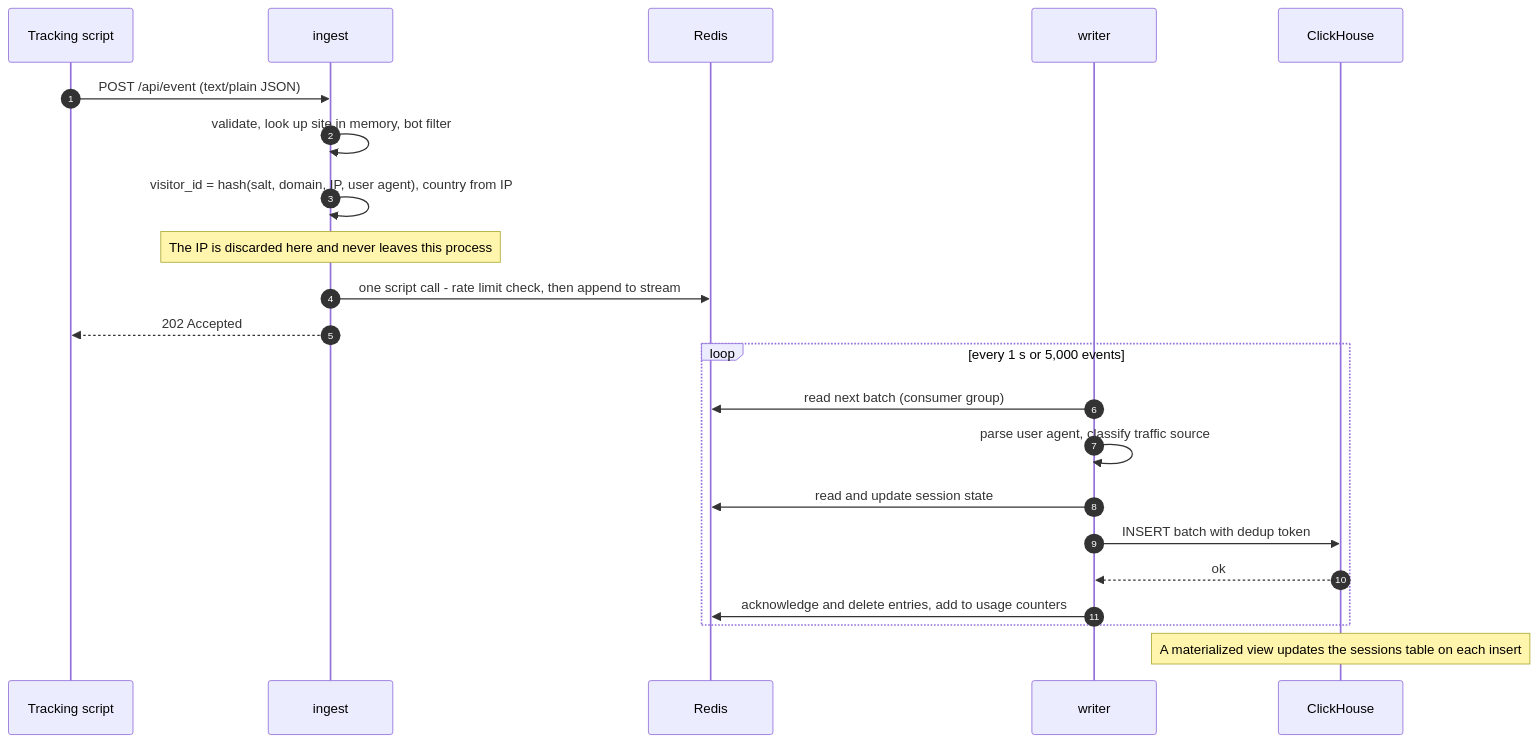
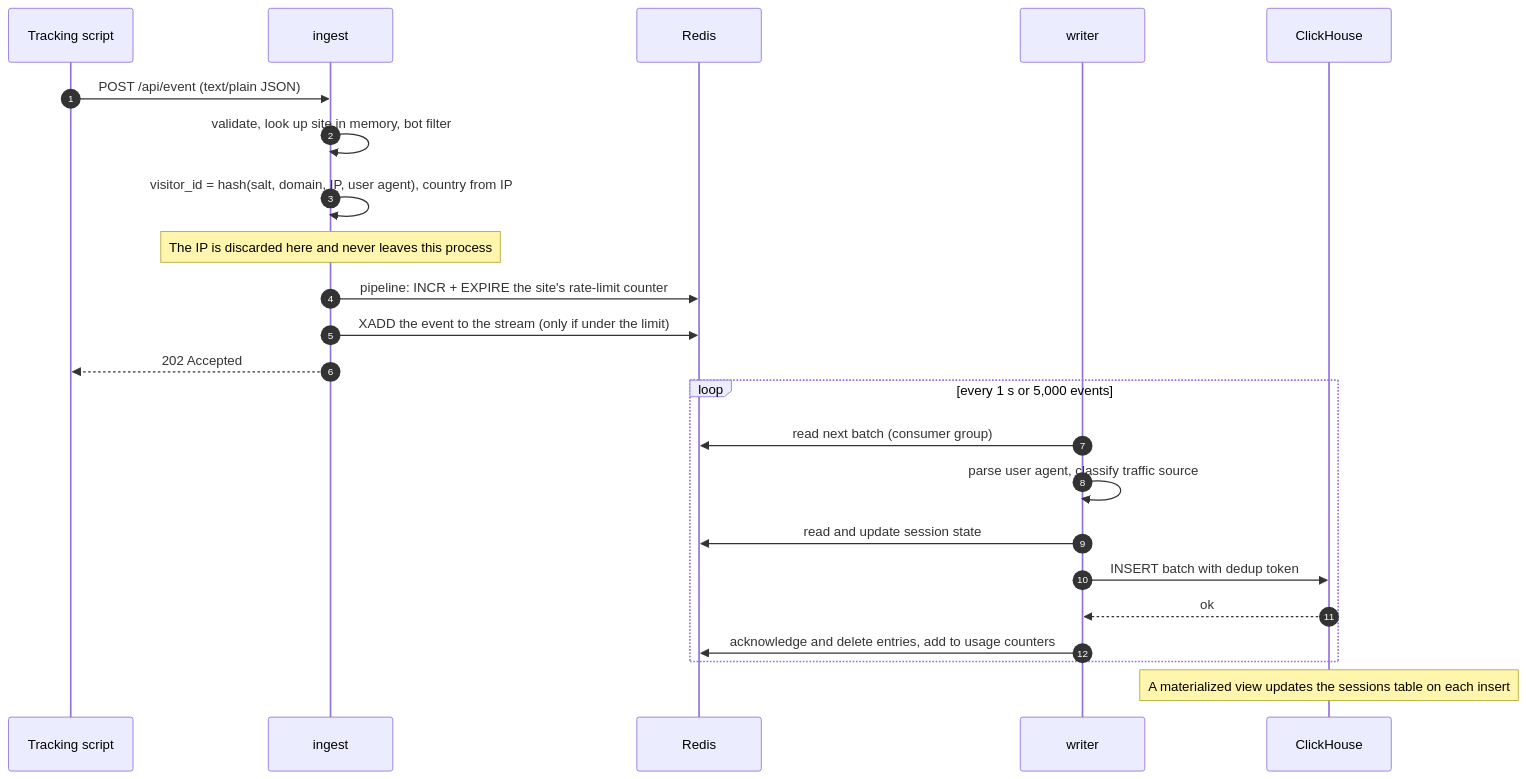
The third of 8 diagrams in docs/architecture.md (AntonBurduzha/mieru), drawn with Mermaid before and after one commit. The commit also changed other lines of this file and 1 other file, not shown here.

````diff
--- a/docs/architecture.md
+++ b/docs/architecture.md
@@ -155,25 +157,26 @@
 ```mermaid
 sequenceDiagram
     autonumber
     participant S as Tracking script
     participant I as ingest
     participant R as Redis
     participant W as writer
     participant C as ClickHouse
 
     S->>I: POST /api/event (text/plain JSON)
     I->>I: validate, look up site in memory, bot filter
     I->>I: visitor_id = hash(salt, domain, IP, user agent), country from IP
     Note over I: The IP is discarded here and never leaves this process
-    I->>R: one script call - rate limit check, then append to stream
+    I->>R: pipeline: INCR + EXPIRE the site's rate-limit counter
+    I->>R: XADD the event to the stream (only if under the limit)
     I-->>S: 202 Accepted
     loop every 1 s or 5,000 events
         W->>R: read next batch (consumer group)
         W->>W: parse user agent, classify traffic source
         W->>R: read and update session state
         W->>C: INSERT batch with dedup token
         C-->>W: ok
         W->>R: acknowledge and delete entries, add to usage counters
     end
     Note over C: A materialized view updates the sessions table on each insert
 ```
````
